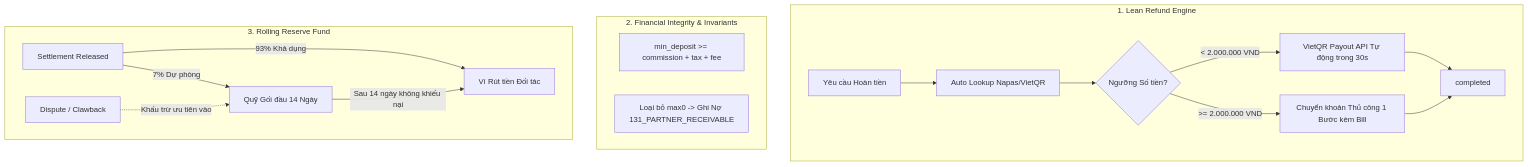
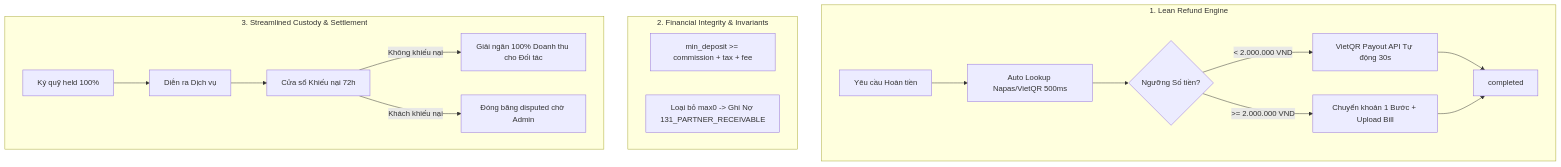
One commit to hiephanguyen01/booking-saas changed the diagram in docs/superpowers/specs/2026-09-09-lean-payments-refunds-and-custody-architecture-design.md. Above: the diagram before and after it, drawn with Mermaid. The commit also changed other lines of this file, not shown here.

Commit message:
docs(spec): simplify design by dropping rolling reserve and 4-eyes workflow

````diff
--- a/docs/superpowers/specs/2026-09-09-lean-payments-refunds-and-custody-architecture-design.md
+++ b/docs/superpowers/specs/2026-09-09-lean-payments-refunds-and-custody-architecture-design.md
@@ -30,23 +29,23 @@
 ```mermaid
 flowchart TD
     subgraph 1. Lean Refund Engine
-        RF_START[Yêu cầu Hoàn tiền] --> NAPAS[Auto Lookup Napas/VietQR]
+        RF_START[Yêu cầu Hoàn tiền] --> NAPAS[Auto Lookup Napas/VietQR 500ms]
         NAPAS --> THRESH{Ngưỡng Số tiền?}
-        THRESH -->|< 2.000.000 VND| PAYOUT_API[VietQR Payout API Tự động trong 30s]
-        THRESH -->|>= 2.000.000 VND| MANUAL_1STEP[Chuyển khoản Thủ công 1 Bước kèm Bill]
+        THRESH -->|< 2.000.000 VND| PAYOUT_API[VietQR Payout API Tự động 30s]
+        THRESH -->|>= 2.000.000 VND| MANUAL_1STEP[Chuyển khoản 1 Bước + Upload Bill]
         PAYOUT_API --> RF_DONE[completed]
         MANUAL_1STEP --> RF_DONE
     end
 
     subgraph 2. Financial Integrity & Invariants
         DEP_RULE[min_deposit >= commission + tax + fee]
         NO_MAX0[Loại bỏ max0 -> Ghi Nợ 131_PARTNER_RECEIVABLE]
     end
 
-    subgraph 3. Rolling Reserve Fund
-        SETTLE_REL[Settlement Released] -->|93% Khả dụng| WALLET[Ví Rút tiền Đối tác]
-        SETTLE_REL -->|7% Dự phòng| RESERVE[Quỹ Gối đầu 14 Ngày]
-        RESERVE -->|Sau 14 ngày không khiếu nại| WALLET
-        CLAWBACK[Dispute / Clawback] -.->|Khấu trừ ưu tiên vào| RESERVE
+    subgraph 3. Streamlined Custody & Settlement
+        HOLD[Ký quỹ held 100%] --> SERVICE[Diễn ra Dịch vụ]
+        SERVICE --> DISPUTE_WIN[Cửa sổ Khiếu nại 72h]
+        DISPUTE_WIN -->|Không khiếu nại| RELEASE_100[Giải ngân 100% Doanh thu cho Đối tác]
+        DISPUTE_WIN -->|Khách khiếu nại| FREEZE[Đóng băng disputed chờ Admin]
     end
 ```
````
